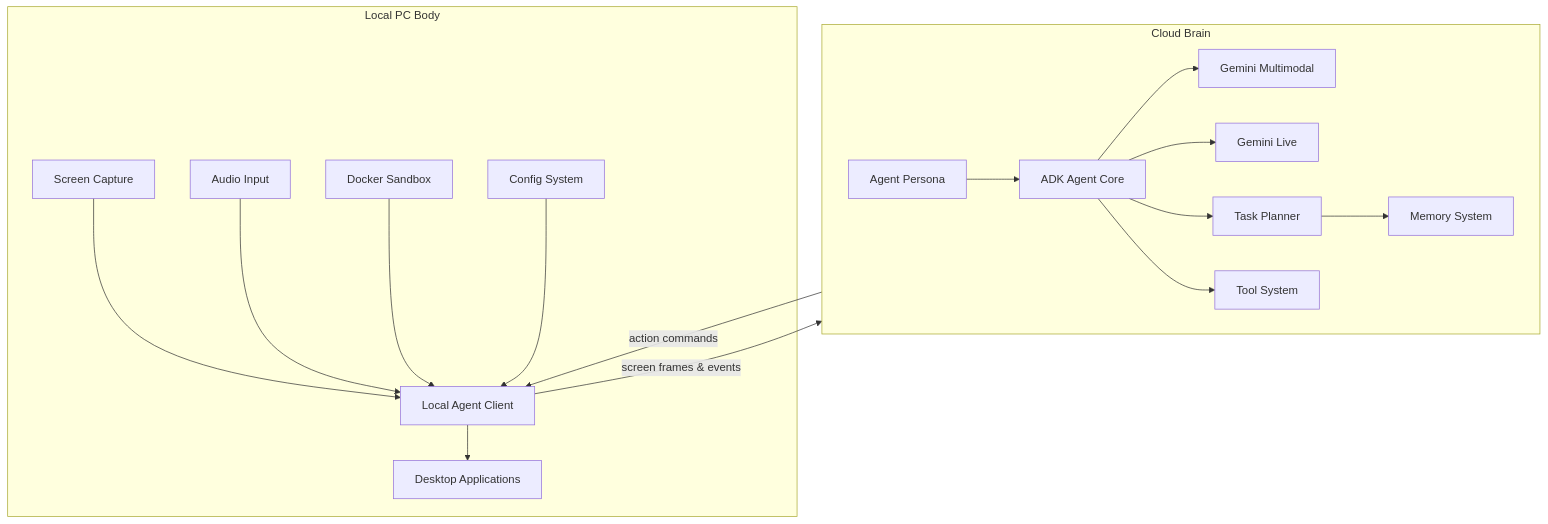
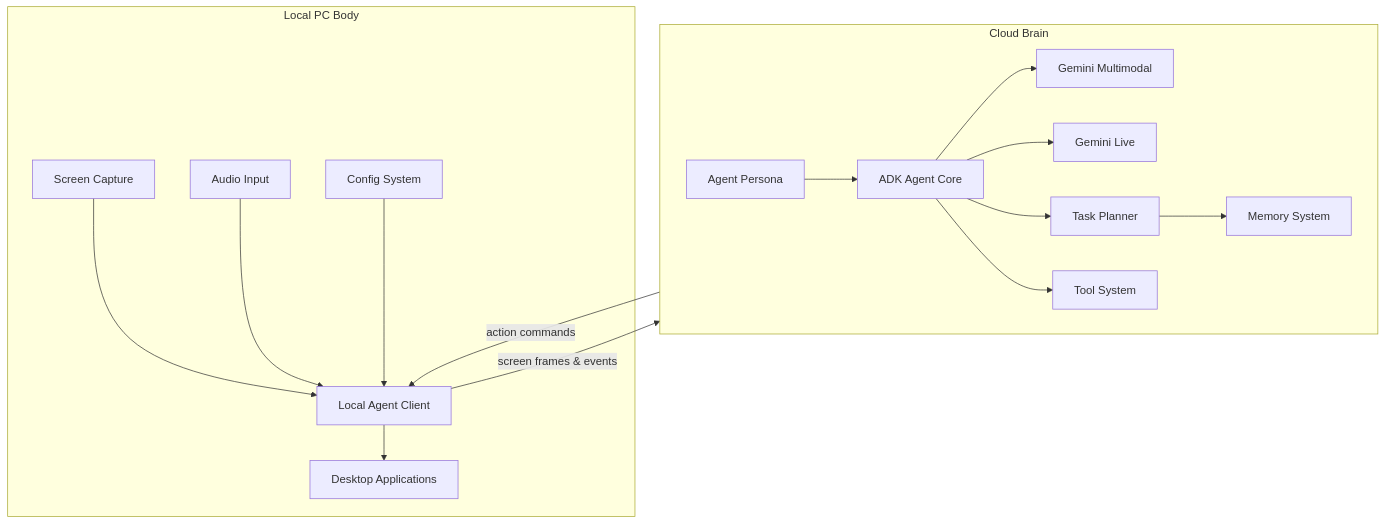
One commit to tobiawolaju/The-Intern changed the diagram in README.md. Above: the diagram before and after it, drawn with Mermaid. The commit also changed other lines of this file, not shown here.

````diff
--- a/README.md
+++ b/README.md
@@ -136,38 +142,36 @@
 ```mermaid
 flowchart TB
 
 subgraph PC["Local PC Body"]
 A[Screen Capture]
 B[Audio Input]
 C[Local Agent Client]
 D[Desktop Applications]
-E[Docker Sandbox]
 F[Config System]
 
 A --> C
 B --> C
 C --> D
-E --> C
 F --> C
 end
 
 subgraph CLOUD["Cloud Brain"]
 G[ADK Agent Core]
 H[Agent Persona]
 I[Gemini Multimodal]
 J[Gemini Live]
 K[Task Planner]
 L[Tool System]
 M[Memory System]
 end
 
 C -->|screen frames & events| CLOUD
 CLOUD -->|action commands| C
 
 H --> G
 G --> I
 G --> J
 G --> K
 G --> L
 K --> M
 ```
````
